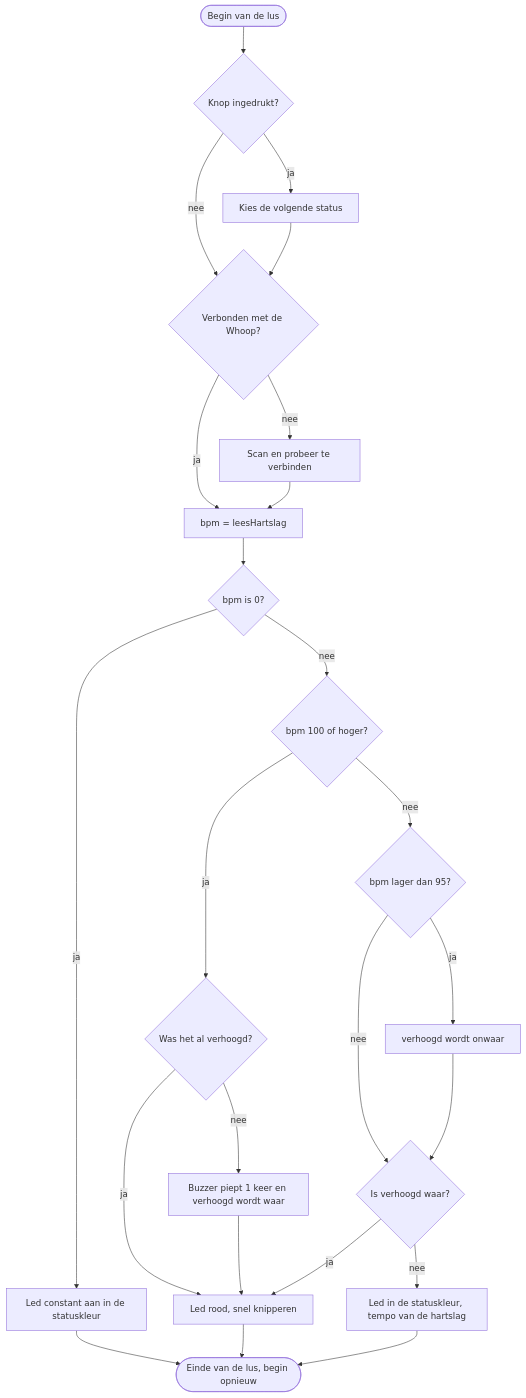
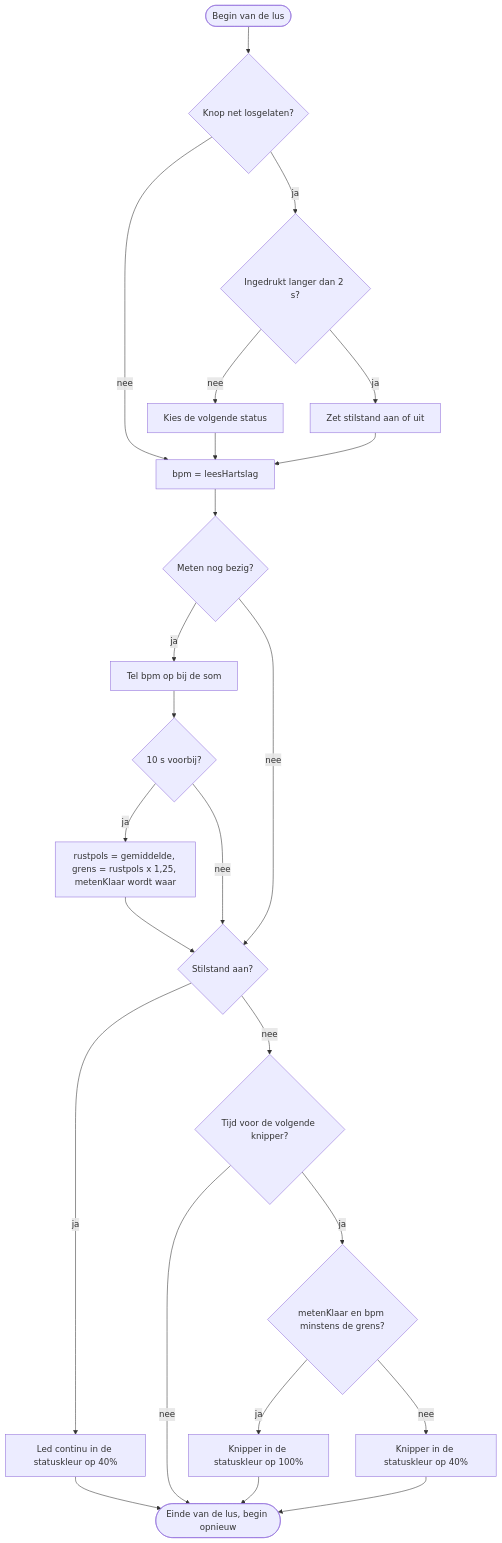
One commit to osamalasmi/hartketting-013 changed the fifth of 5 diagrams in docs/ontwerp.md. Above: the diagram before and after it, drawn with Mermaid. The commit also changed other lines of this file and 2 other files, not shown here.

````diff
--- a/docs/ontwerp.md
+++ b/docs/ontwerp.md
@@ -233,26 +268,26 @@
 ```mermaid
 flowchart TD
-    A([Begin van de lus]) --> B{Knop ingedrukt?}
-    B -- ja --> C[Kies de volgende status]
-    B -- nee --> D
-    C --> D{Verbonden met de Whoop?}
-    D -- nee --> E[Scan en probeer te verbinden]
-    D -- ja --> F
-    E --> F[bpm = leesHartslag]
-    F --> G{bpm is 0?}
-    G -- ja --> H[Led constant aan in de statuskleur]
-    G -- nee --> I{bpm 100 of hoger?}
-    I -- ja --> J{Was het al verhoogd?}
-    J -- nee --> K[Buzzer piept 1 keer en verhoogd wordt waar]
-    J -- ja --> L
-    K --> L[Led rood, snel knipperen]
-    I -- nee --> M{bpm lager dan 95?}
-    M -- ja --> N[verhoogd wordt onwaar]
-    M -- nee --> O
-    N --> O{Is verhoogd waar?}
-    O -- ja --> L
-    O -- nee --> P[Led in de statuskleur, tempo van de hartslag]
-    H --> Z([Einde van de lus, begin opnieuw])
-    L --> Z
+    A([Begin van de lus]) --> B{Knop net losgelaten?}
+    B -- nee --> F
+    B -- ja --> C{Ingedrukt langer dan 2 s?}
+    C -- nee --> D[Kies de volgende status]
+    C -- ja --> E[Zet stilstand aan of uit]
+    D --> F[bpm = leesHartslag]
+    E --> F
+    F --> G{Meten nog bezig?}
+    G -- ja --> H[Tel bpm op bij de som]
+    H --> I{10 s voorbij?}
+    I -- ja --> J[rustpols = gemiddelde, grens = rustpols x 1,25, metenKlaar wordt waar]
+    I -- nee --> K
+    J --> K
+    G -- nee --> K{Stilstand aan?}
+    K -- ja --> L[Led continu in de statuskleur op 40%]
+    K -- nee --> M{Tijd voor de volgende knipper?}
+    M -- nee --> Z
+    M -- ja --> N{metenKlaar en bpm minstens de grens?}
+    N -- ja --> O[Knipper in de statuskleur op 100%]
+    N -- nee --> P[Knipper in de statuskleur op 40%]
+    L --> Z([Einde van de lus, begin opnieuw])
+    O --> Z
     P --> Z
 ```
````
